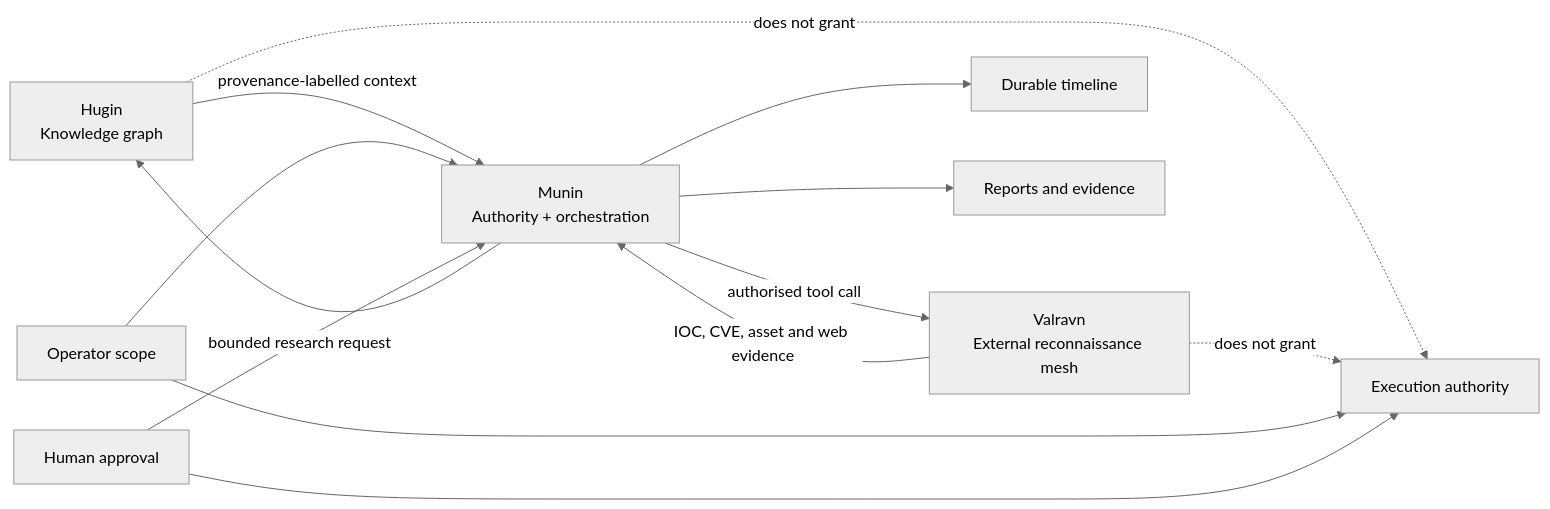
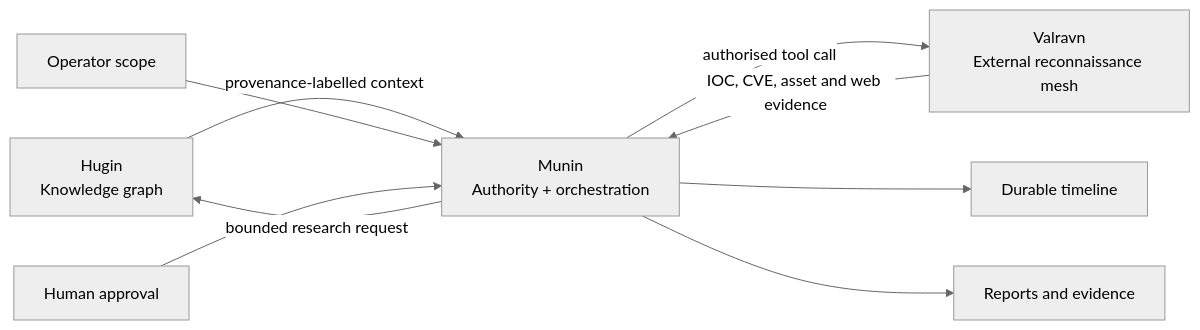
The seventh of 8 diagrams in README.md (PrinceOfPwn/Munin), drawn with Mermaid (neutral theme) before and after one commit. The commit also changed other lines of this file, not shown here.

````diff
--- a/README.md
+++ b/README.md
@@ -235,20 +247,14 @@
 ```mermaid
 flowchart LR
     Hugin[Hugin
 Knowledge graph] -->|provenance-labelled context| Munin[Munin
 Authority + orchestration]
     Munin -->|bounded research request| Hugin
     Munin -->|authorised tool call| Valravn[Valravn
 External reconnaissance mesh]
     Valravn -->|IOC, CVE, asset and web evidence| Munin
+    Scope[Operator scope] --> Munin
+    Approval[Human approval] --> Munin
     Munin --> Timeline[Durable timeline]
     Munin --> Reports[Reports and evidence]
-
-    Scope[Operator scope] --> Munin
-    Approval[Human approval] --> Munin
-
-    Hugin -. does not grant .-> Authority[Execution authority]
-    Valravn -. does not grant .-> Authority
-    Scope --> Authority
-    Approval --> Authority
 ```
````
